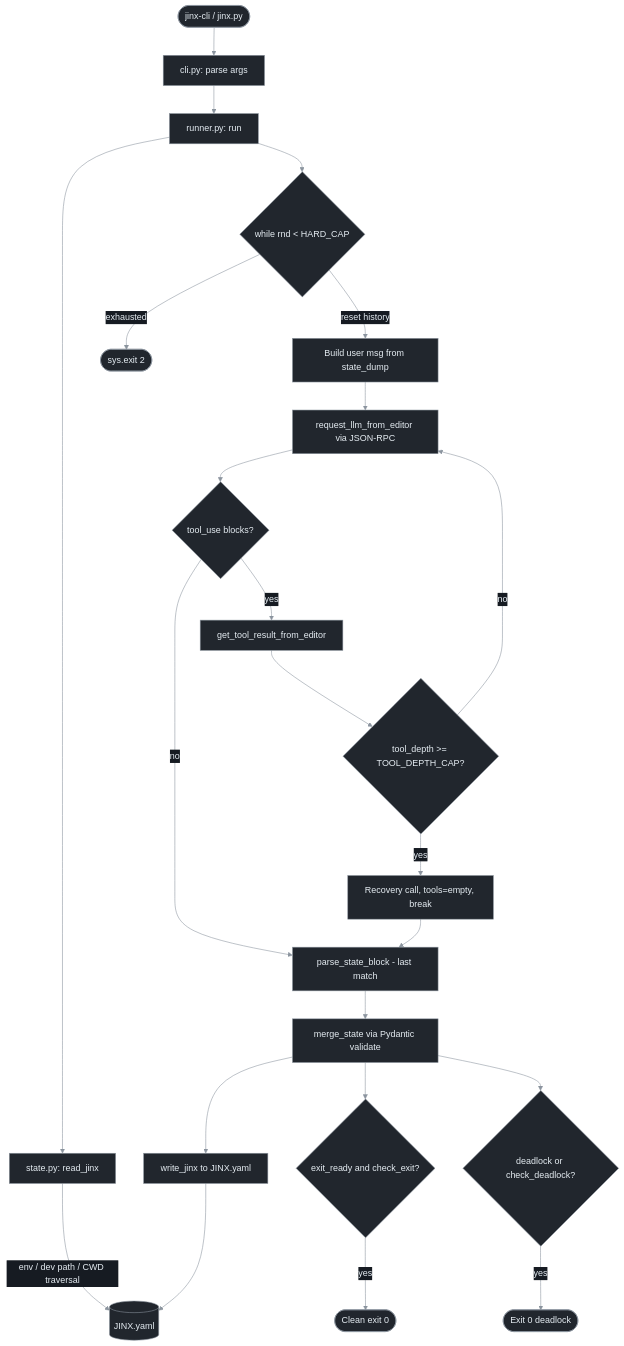
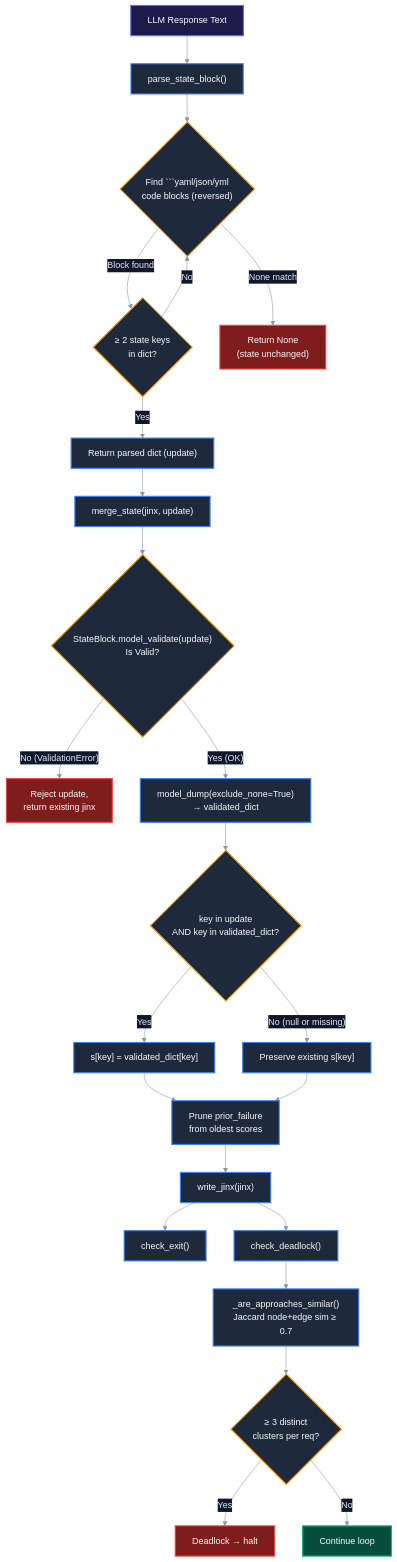
One commit to machinegpt/agent changed the third of 5 diagrams in README.md. Above: the diagram before and after it, drawn with Mermaid. The commit also changed other lines of this file and 9 other files, not shown here.

````diff
--- a/README.md
+++ b/README.md
@@ -226,26 +226,34 @@
 ```mermaid
-%%{init: {'theme': 'base', 'themeVariables': {"darkMode": true, "background": "#0d1117", "primaryColor": "#21262d", "primaryTextColor": "#e6edf3", "primaryBorderColor": "#8b949e", "lineColor": "#8b949e", "textColor": "#e6edf3", "edgeLabelBackground": "#161b22", "actorBkg": "#21262d", "actorBorder": "#8b949e", "actorTextColor": "#e6edf3", "actorLineColor": "#8b949e", "signalColor": "#8b949e", "signalTextColor": "#e6edf3", "noteBkgColor": "#373320", "noteBorderColor": "#d4a72c", "noteTextColor": "#f0e6c0", "labelBoxBkgColor": "#21262d", "labelBoxBorderColor": "#8b949e", "labelTextColor": "#e6edf3", "loopTextColor": "#e6edf3", "activationBkgColor": "#30363d", "activationBorderColor": "#8b949e"}}}%%
+%%{init: {'theme': 'base', 'themeVariables': {"darkMode": true, "primaryColor": "#1e293b", "primaryTextColor": "#e6edf3", "primaryBorderColor": "#3b82f6", "lineColor": "#8b949e", "textColor": "#e6edf3", "edgeLabelBackground": "#0f172a"}}}%%
 flowchart TD
-    A([jinx-cli / jinx.py]) --> B[cli.py: parse args]
-    B --> C[runner.py: run]
-    C --> D[state.py: read_jinx]
-    D -->|env / dev path / CWD traversal| E[(JINX.yaml)]
-    C --> F{while rnd < HARD_CAP}
-    F -->|reset history| G[Build user msg from state_dump]
-    G --> H[request_llm_from_editor via JSON-RPC]
-    H --> I{tool_use blocks?}
-    I -->|yes| J[get_tool_result_from_editor]
-    J --> K{tool_depth >= TOOL_DEPTH_CAP?}
-    K -->|yes| L[Recovery call, tools=empty, break]
-    K -->|no| H
-    I -->|no| M[parse_state_block - last match]
-    L --> M
-    M --> N[merge_state via Pydantic validate]
-    N --> O[write_jinx to JINX.yaml]
-    O --> E
-    N --> P{exit_ready and check_exit?}
-    P -->|yes| Q([Clean exit 0])
-    N --> S{deadlock or check_deadlock?}
-    S -->|yes| T([Exit 0 deadlock])
-    F -->|exhausted| U([sys.exit 2])
+    classDef start fill:#1e1b4b,stroke:#6366f1,stroke-width:2px,color:#f8fafc;
+    classDef process fill:#1e293b,stroke:#3b82f6,stroke-width:2px,color:#f8fafc;
+    classDef decision fill:#1e293b,stroke:#f59e0b,stroke-width:2px,color:#f8fafc;
+    classDef success fill:#064e3b,stroke:#10b981,stroke-width:2px,color:#f8fafc;
+    classDef danger fill:#7f1d1d,stroke:#ef4444,stroke-width:2px,color:#f8fafc;
+
+    A["LLM Response Text"]:::start --> B["parse_state_block()"]:::process
+    B --> C{"Find ```yaml/json/yml<br/>code blocks (reversed)"}:::decision
+    C -->|"Block found"| D{"≥ 2 state keys<br/>in dict?"}:::decision
+    D -->|"Yes"| E["Return parsed dict (update)"]:::process
+    D -->|"No"| C
+    C -->|"None match"| F["Return None<br/>(state unchanged)"]:::danger
+
+    E --> G["merge_state(jinx, update)"]:::process
+    G --> H{"StateBlock.model_validate(update)<br/>Is Valid?"}:::decision
+    H -->|"No (ValidationError)"| I["Reject update,<br/>return existing jinx"]:::danger
+    H -->|"Yes (OK)"| J["model_dump(exclude_none=True)<br/>→ validated_dict"]:::process
+    J --> K{"key in update<br/>AND key in validated_dict?"}:::decision
+    K -->|"Yes"| L["s[key] = validated_dict[key]"]:::process
+    K -->|"No (null or missing)"| M["Preserve existing s[key]"]:::process
+    L --> N["Prune prior_failure<br/>from oldest scores"]:::process
+    M --> N
+    N --> O["write_jinx(jinx)"]:::process
+
+    O --> P["check_exit()"]:::process
+    O --> Q["check_deadlock()"]:::process
+    Q --> R["_are_approaches_similar()<br/>Jaccard node+edge sim ≥ 0.7"]:::process
+    R --> S{"≥ 3 distinct<br/>clusters per req?"}:::decision
+    S -->|"Yes"| T["Deadlock → halt"]:::danger
+    S -->|"No"| U["Continue loop"]:::success
 ```
````
